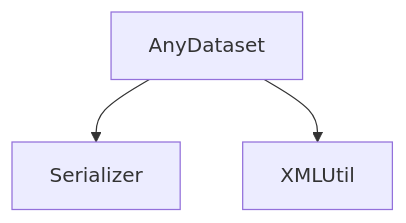
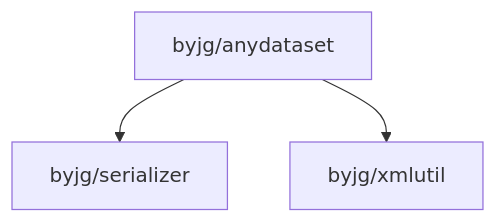
The diagram in README.md (byjg/php-anydataset), drawn with Mermaid before and after one commit.

Commit message:
Add Dependencies

````diff
--- a/README.md
+++ b/README.md
@@ -195,5 +195,5 @@
 ```mermaid
 flowchart TD
-    AnyDataset --> Serializer
-    AnyDataset --> XMLUtil
+    byjg/anydataset --> byjg/serializer
+    byjg/anydataset --> byjg/xmlutil
 ```
````
